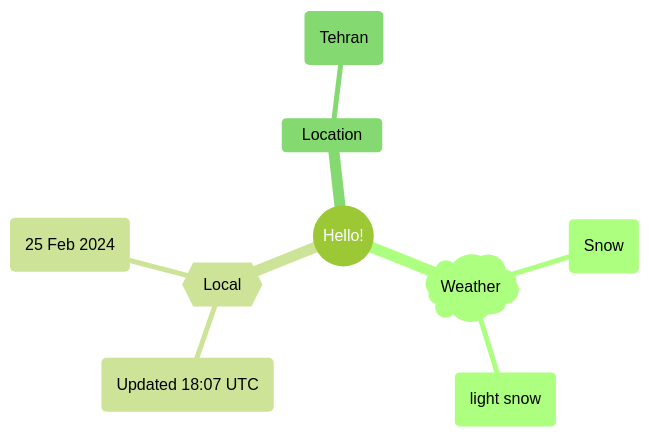
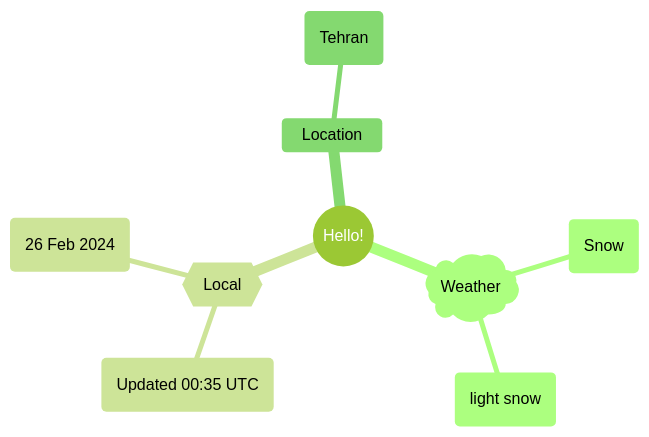
The first of 2 diagrams in README.md (Xosrov/Xosrov), drawn with Mermaid (forest theme) before and after one commit.

Commit message:
[bot] updated images

````diff
--- a/README.md
+++ b/README.md
@@ -3,12 +3,12 @@
 ```mermaid
 mindmap
   root((Hello!))
     )Weather(
         (Snow)
         (light snow)
     {{Local}}
-        (Updated 18:07 UTC)
-        (25 Feb 2024)
+        (Updated 00:35 UTC)
+        (26 Feb 2024)
     Location
         (Tehran)
 ```
````
